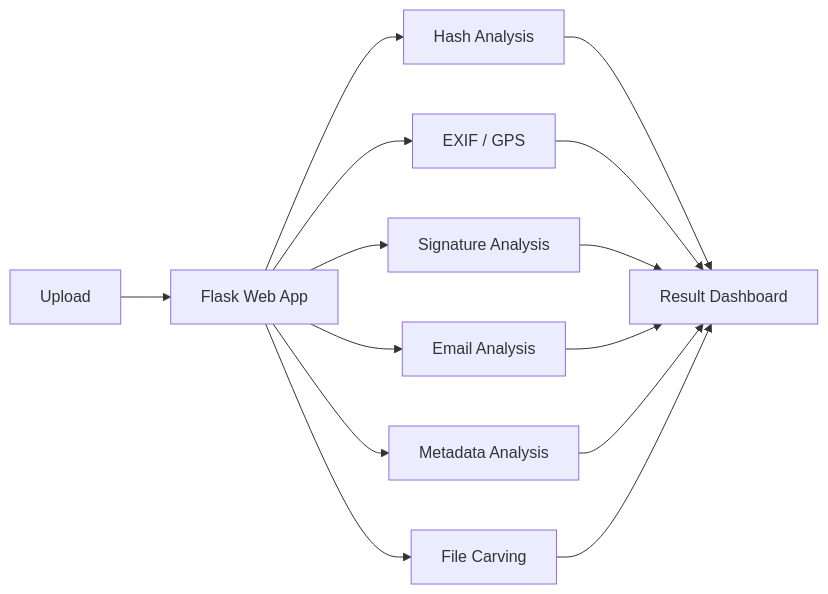
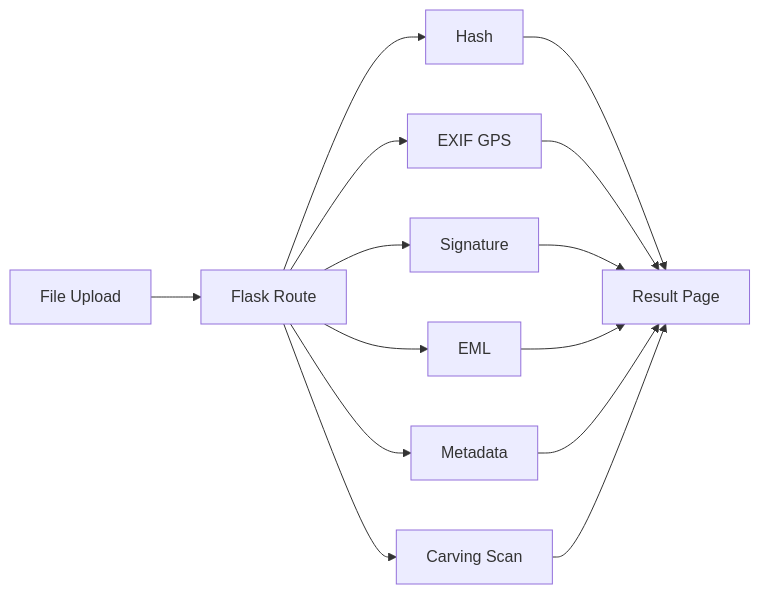
The diagram in README.md (chan-1215/digital-forensics-analysis-platform), drawn with Mermaid before and after one commit. The commit also changed other lines of this file, not shown here.

````diff
--- a/README.md
+++ b/README.md
@@ -32,16 +32,16 @@
 ```mermaid
 flowchart LR
-    A[Upload] --> B[Flask Web App]
-    B --> C1[Hash Analysis]
-    B --> C2[EXIF / GPS]
-    B --> C3[Signature Analysis]
-    B --> C4[Email Analysis]
-    B --> C5[Metadata Analysis]
-    B --> C6[File Carving]
-    C1 --> D[Result Dashboard]
+    A[File Upload] --> B[Flask Route]
+    B --> C1[Hash]
+    B --> C2[EXIF GPS]
+    B --> C3[Signature]
+    B --> C4[EML]
+    B --> C5[Metadata]
+    B --> C6[Carving Scan]
+    C1 --> D[Result Page]
     C2 --> D
     C3 --> D
     C4 --> D
     C5 --> D
     C6 --> D
 ```
````
